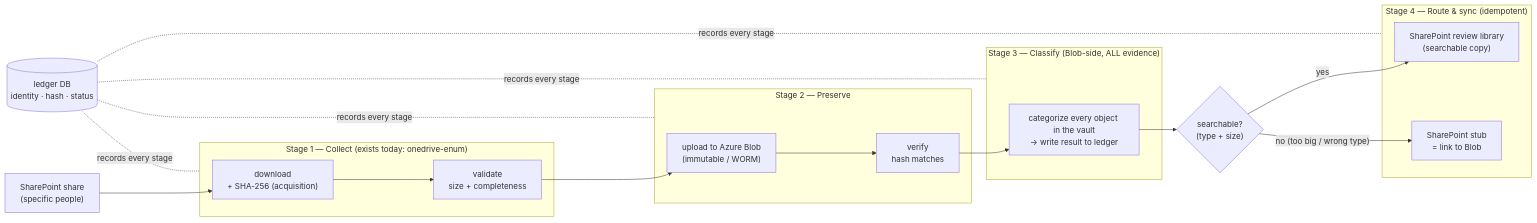
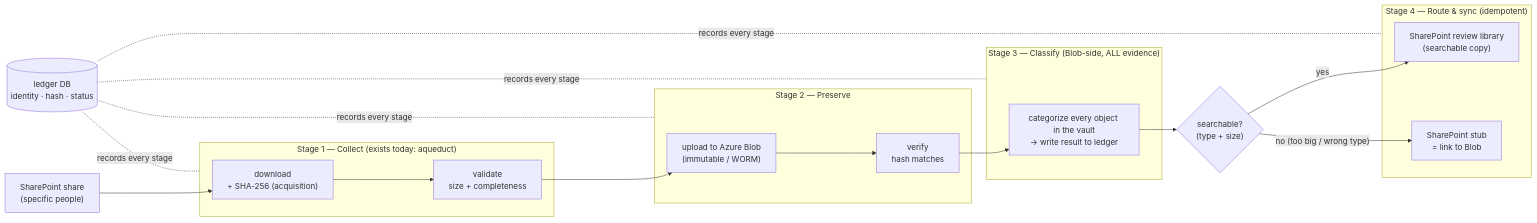
One commit to njrenaissance/aqueduct changed the diagram in docs/SPEC.md. Above: the diagram before and after it, drawn with Mermaid. The commit also changed other lines of this file and 36 other files, not shown here.

````diff
--- a/docs/SPEC.md
+++ b/docs/SPEC.md
@@ -26,22 +26,22 @@
 ```mermaid
 flowchart LR
     S["SharePoint share<br/>(specific people)"] --> D
-    subgraph Stage1["Stage 1 — Collect (exists today: onedrive-enum)"]
+    subgraph Stage1["Stage 1 — Collect (exists today: aqueduct)"]
         D["download<br/>+ SHA-256 (acquisition)"] --> V1["validate<br/>size + completeness"]
     end
     V1 --> U
     subgraph Stage2["Stage 2 — Preserve"]
         U["upload to Azure Blob<br/>(immutable / WORM)"] --> V2["verify<br/>hash matches"]
     end
     V2 --> C
     subgraph Stage3["Stage 3 — Classify (Blob-side, ALL evidence)"]
         C["categorize every object in the vault<br/>→ write result to ledger"]
     end
     C --> R{"searchable?<br/>(type + size)"}
     R -- yes --> SP["SharePoint review library<br/>(searchable copy)"]
     R -- "no (too big / wrong type)" --> LK["SharePoint stub<br/>= link to Blob"]
     subgraph Stage4["Stage 4 — Route & sync (idempotent)"]
         SP & LK
     end
     L[("ledger DB<br/>identity · hash · status")] -. records every stage .- Stage1 & Stage2 & Stage3 & Stage4
 ```
````
